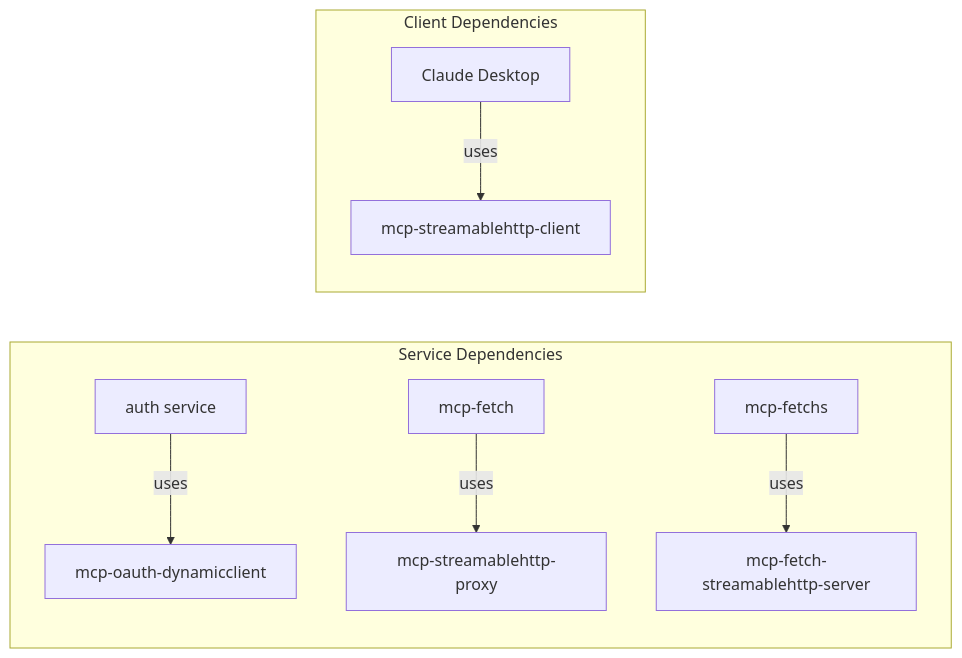
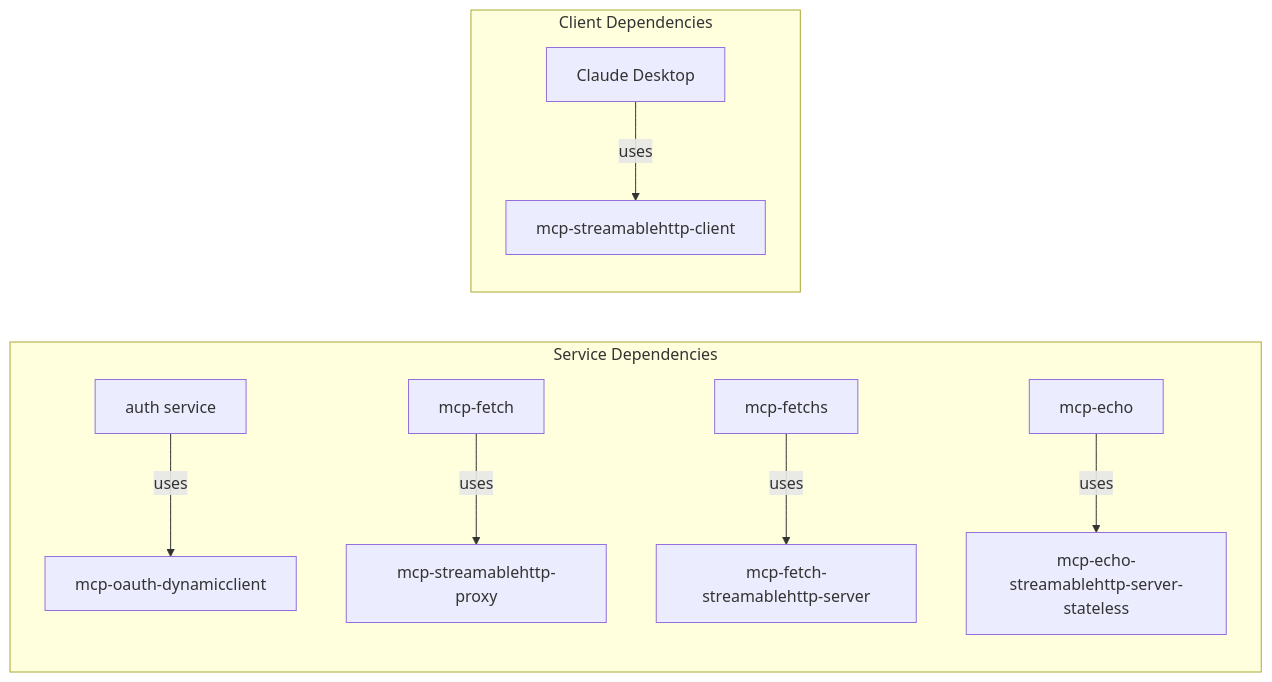
One commit to atrawog/mcp-oauth-gateway changed the second of 2 diagrams in docs/packages/overview.md. Above: the diagram before and after it, drawn with Mermaid. The commit also changed other lines of this file and 4 other files, not shown here.

First line of the commit message:
Update MCP Echo StreamableHTTP Server with new diagnostic tool and documentation enhancements

````diff
--- a/docs/packages/overview.md
+++ b/docs/packages/overview.md
@@ -85,12 +99,13 @@
 ```mermaid
 graph LR
     subgraph "Service Dependencies"
         A[auth service] -->|uses| O[mcp-oauth-dynamicclient]
         F1[mcp-fetch] -->|uses| P[mcp-streamablehttp-proxy]
         F2[mcp-fetchs] -->|uses| FS[mcp-fetch-streamablehttp-server]
+        E1[mcp-echo] -->|uses| ES[mcp-echo-streamablehttp-server-stateless]
     end
     
     subgraph "Client Dependencies"
         CD[Claude Desktop] -->|uses| C[mcp-streamablehttp-client]
     end
 ```
````
